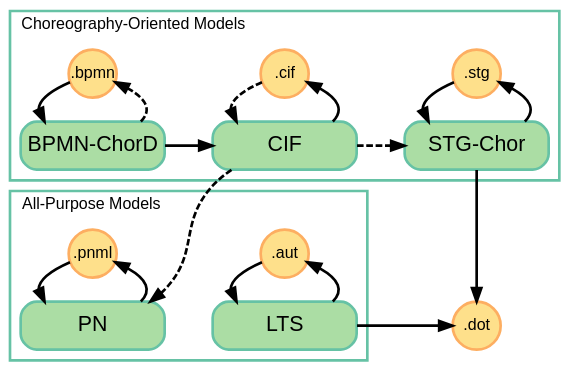
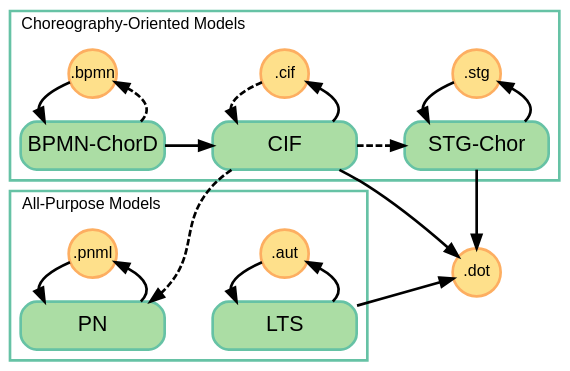
One commit to pascalpoizat/fmt changed the diagram in files/overview.dot. Above: the diagram before and after it, drawn with Graphviz. The commit also changed 2 other files, not shown here.

Commit message:
update wrt the CIF to dot Writer

```diff
--- a/files/overview.dot
+++ b/files/overview.dot
@@ -1,60 +1,61 @@
 digraph overview {
 rankdir=LR;
 fontname="Arial";
 fontsize="12";
 bgcolor="transparent";
 concentrate=true;
 edge [style=bold, color=black];
 color = "/spectral10/8";
 style = "bold";
 
 subgraph cluster_choreography_models {
 labeljust="l";
 label = "Choreography-Oriented Models";
 node  [style="filled,bold", shape=circle, fixedsize=true, width=0.5, fontname="Arial", fontsize="12", color="/spectral10/4", fillcolor="/spectral10/5"];
 file_bpmn [label=".bpmn"];
 file_cif [label=".cif"];
 file_stg [label=".stg"];
 node  [style="filled,bold,rounded", shape=box, fixedsize=true, width=1.5, fontname="Arial", fontsize="16", color="/spectral10/8", fillcolor="/spectral10/7"];
 bpmnchord [label="BPMN-ChorD"];
 cif [label="CIF"];
 stgchor [label="STG-Chor"];
 bpmnchord->cif;
 bpmnchord->file_bpmn [style="dashed,bold"];
 file_bpmn->bpmnchord;
 cif->file_cif [style="solid,bold"];
 stgchor->file_stg;
 file_stg->stgchor;
 cif->stgchor [style="dashed,bold"];
 file_cif->cif [style="dashed,bold"];
 {rank=same;cif;file_cif;}
 {rank=same;bpmnchord;file_bpmn;}
 {rank=same;stgchor;file_stg;}
 }
 
 subgraph cluster_allpurpose_models {
 labeljust="l";
 label = "All-Purpose Models";
 node  [style="filled,bold", shape=circle, fixedsize=true, width=0.5, fontname="Arial", fontsize="12", color="/spectral10/4", fillcolor="/spectral10/5"];
 file_pnml [label=".pnml"];
 file_aut [label=".aut"];
 node  [style="filled,bold,rounded", shape=box, fixedsize=true, width=1.5, fontname="Arial", fontsize="16", color="/spectral10/8", fillcolor="/spectral10/7"];
 pn [label="PN"];
 lts [label="LTS"];
 lts->file_aut;
 file_aut->lts;
 pn->file_pnml;
 file_pnml->pn;
 pn->lts [style="invis"];
 {rank=same;pn;file_pnml;}
 {rank=same;lts;file_aut;}
 }
 
 node  [style="filled,bold", shape=circle, fixedsize=true, width=0.5, fontname="Arial", fontsize="12", color="/spectral10/4", fillcolor="/spectral10/5"];
 file_dot [label=".dot"];
 cif->pn [style="dashed, bold", color=black, constraint=false];
 
 lts->file_dot;
+cif->file_dot;
 stgchor->file_dot [constraint=false];
 
 }
```
